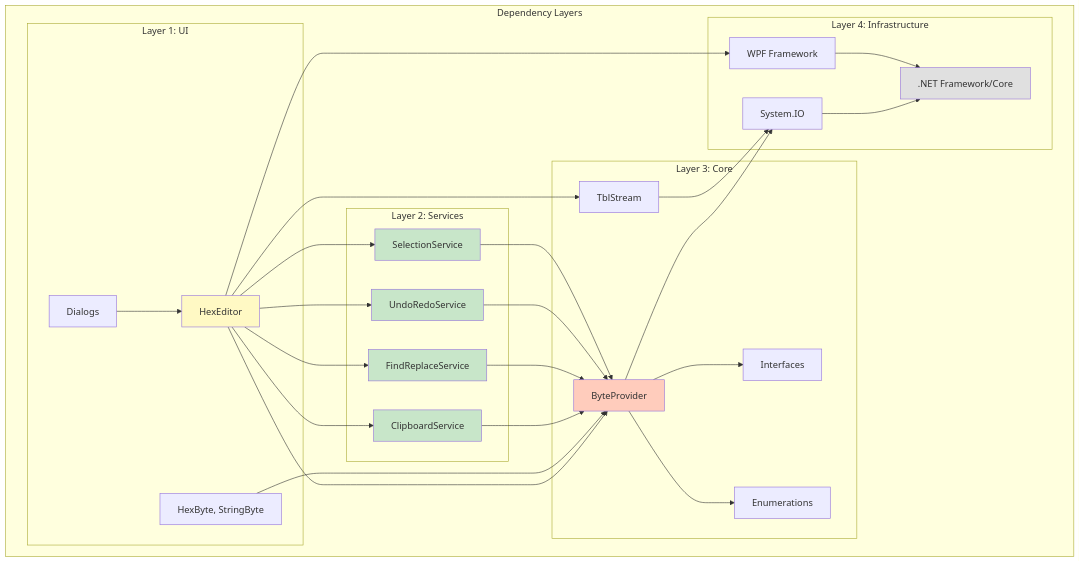
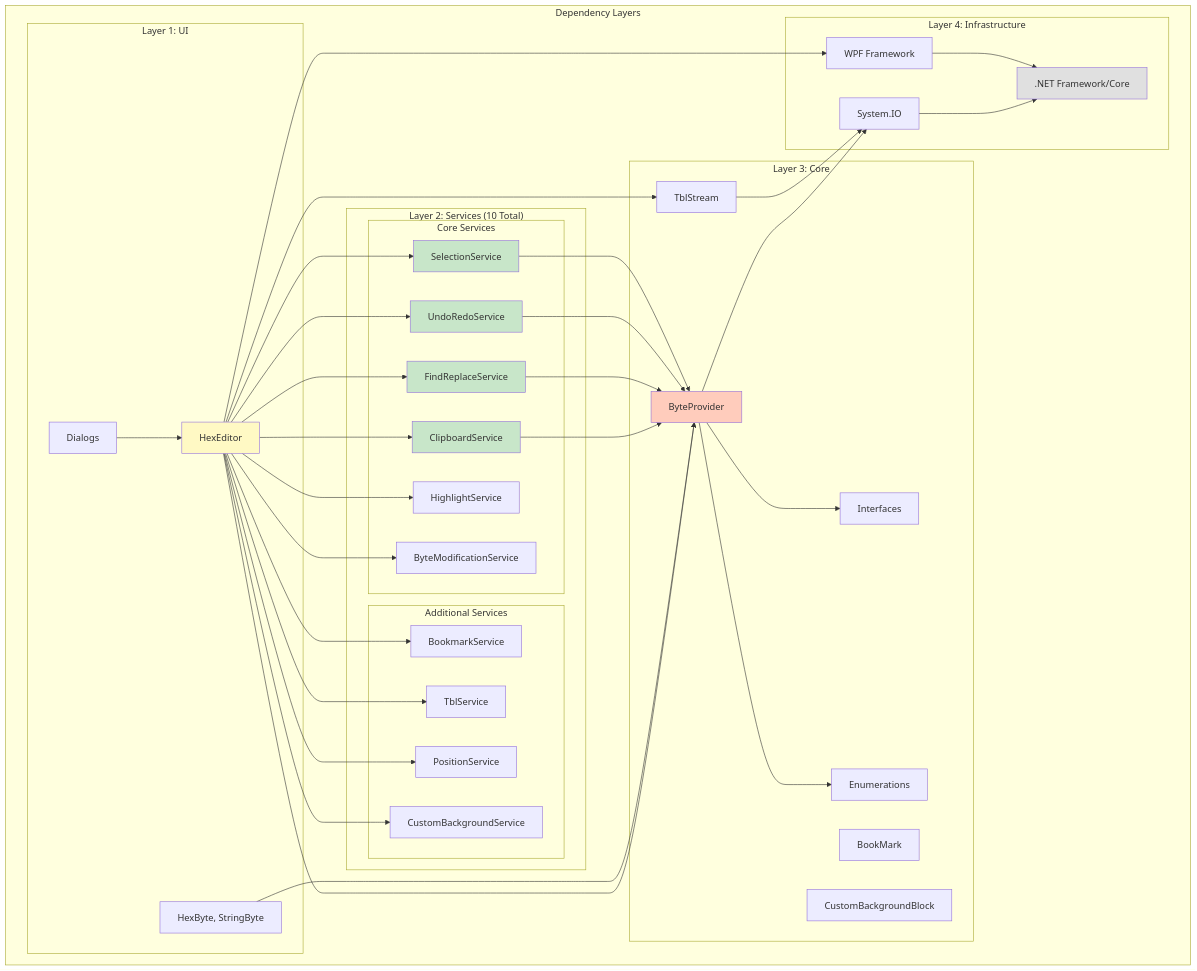
Before and after one commit to myd7349/WpfHexEditorControl: the eighth of 12 diagrams in ARCHITECTURE.md, drawn with Mermaid. The commit also changed other lines of this file and 8 other files, not shown here.

````diff
--- a/ARCHITECTURE.md
+++ b/ARCHITECTURE.md
@@ -393,63 +431,81 @@
 ```mermaid
 graph TD
     subgraph "Dependency Layers"
         subgraph "Layer 1: UI"
             HE[HexEditor]
             Dialogs[Dialogs]
             Controls[HexByte, StringByte]
         end
 
-        subgraph "Layer 2: Services"
-            SVC1[ClipboardService]
-            SVC2[FindReplaceService]
-            SVC3[UndoRedoService]
-            SVC4[SelectionService]
+        subgraph "Layer 2: Services (10 Total)"
+            subgraph "Core Services"
+                SVC1[ClipboardService]
+                SVC2[FindReplaceService]
+                SVC3[UndoRedoService]
+                SVC4[SelectionService]
+                SVC5[HighlightService]
+                SVC6[ByteModificationService]
+            end
+            subgraph "Additional Services"
+                SVC7[BookmarkService]
+                SVC8[TblService]
+                SVC9[PositionService]
+                SVC10[CustomBackgroundService]
+            end
         end
 
         subgraph "Layer 3: Core"
             BP[ByteProvider]
             TBL[TblStream]
             Enums[Enumerations]
             Interfaces[Interfaces]
+            BM[BookMark]
+            CBB[CustomBackgroundBlock]
         end
 
         subgraph "Layer 4: Infrastructure"
             IO[System.IO]
             WPF[WPF Framework]
             NET[.NET Framework/Core]
         end
     end
 
     HE --> SVC1
     HE --> SVC2
     HE --> SVC3
     HE --> SVC4
+    HE --> SVC5
+    HE --> SVC6
+    HE --> SVC7
+    HE --> SVC8
+    HE --> SVC9
+    HE --> SVC10
     HE --> BP
     HE --> TBL
     HE --> WPF
 
     Dialogs --> HE
     Controls --> BP
 
     SVC1 --> BP
     SVC2 --> BP
     SVC3 --> BP
     SVC4 --> BP
 
     BP --> IO
     BP --> Interfaces
     BP --> Enums
 
     TBL --> IO
 
     IO --> NET
     WPF --> NET
 
     style HE fill:#fff9c4
     style SVC1 fill:#c8e6c9
     style SVC2 fill:#c8e6c9
     style SVC3 fill:#c8e6c9
     style SVC4 fill:#c8e6c9
     style BP fill:#ffccbc
     style NET fill:#e0e0e0
 ```
````
